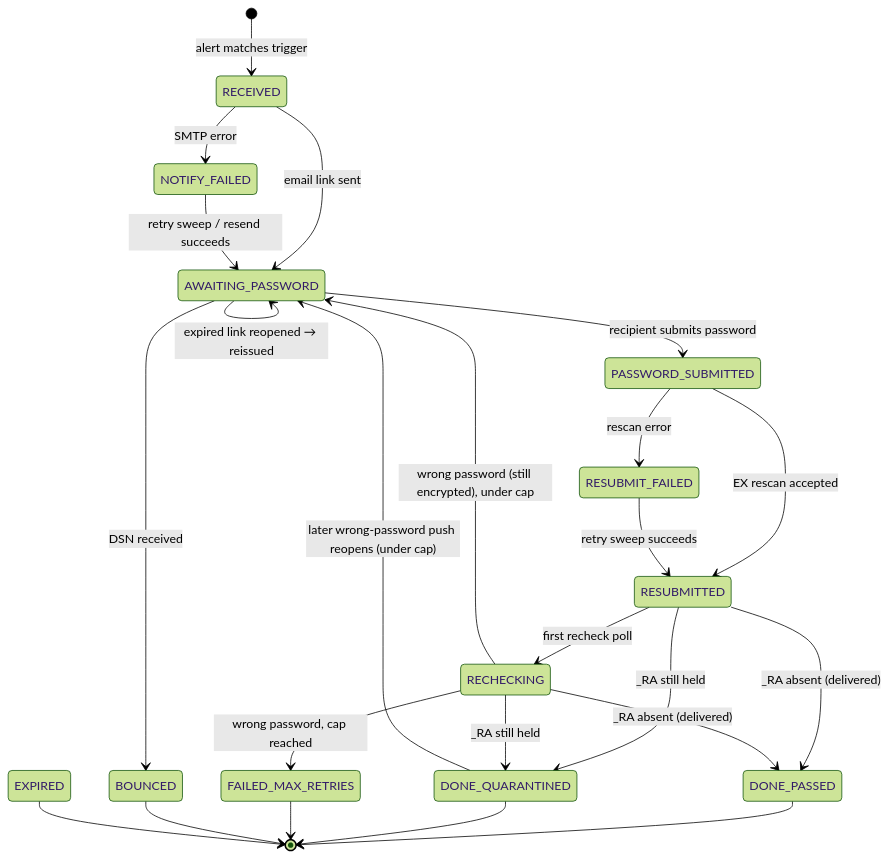
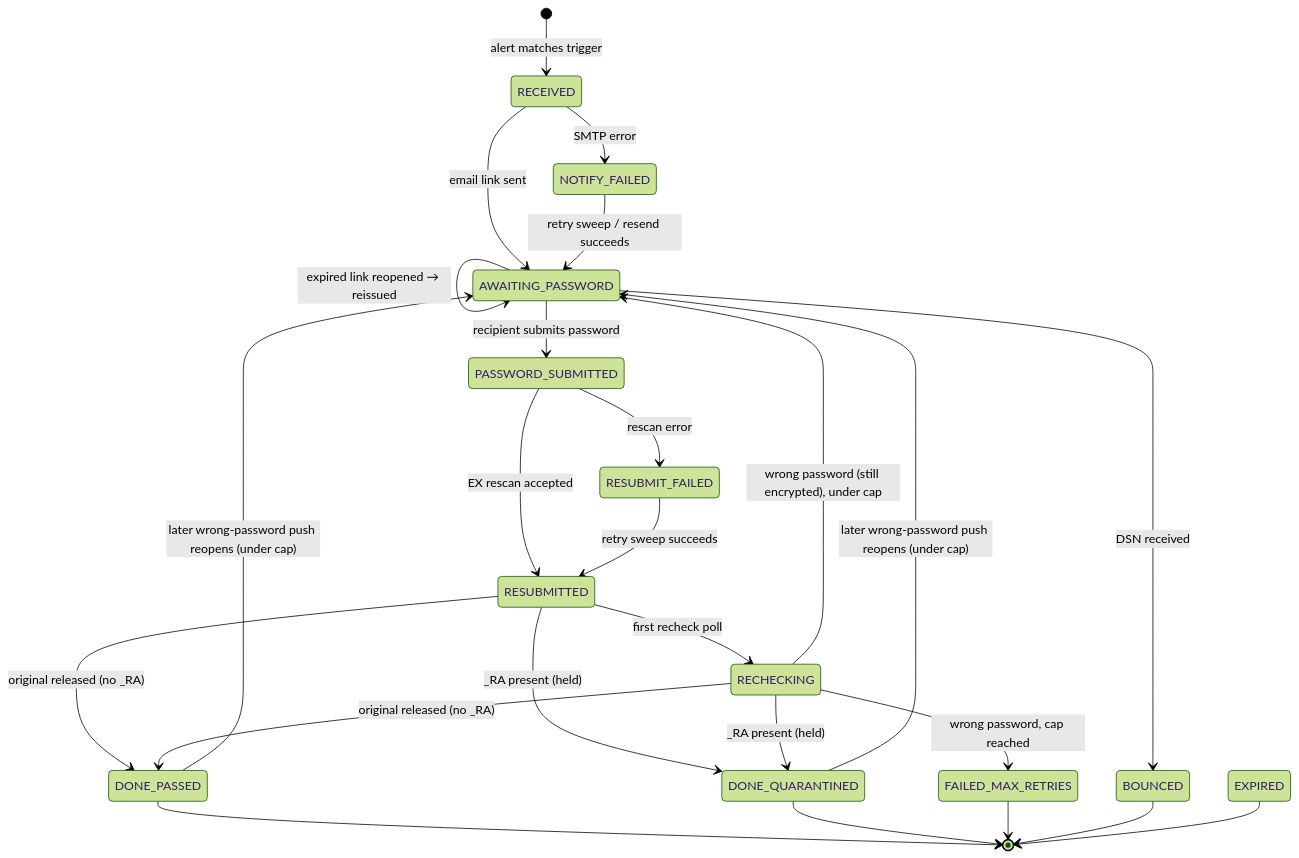
The sixth of 13 diagrams in documentation/documentation.md (HazLab/TrellixEXAttachmentDecrypt), drawn with Mermaid (forest theme) before and after one commit. The commit also changed other lines of this file, not shown here.

Commit message:
docs: sync recheck flow (eager poll, released via original queue-id) + 'Released' label

````diff
--- a/documentation/documentation.md
+++ b/documentation/documentation.md
@@ -309,32 +309,33 @@
 ```mermaid
 stateDiagram-v2
     [*] --> RECEIVED: alert matches trigger
     RECEIVED --> AWAITING_PASSWORD: email link sent
     RECEIVED --> NOTIFY_FAILED: SMTP error
 
     AWAITING_PASSWORD --> PASSWORD_SUBMITTED: recipient submits password
     AWAITING_PASSWORD --> AWAITING_PASSWORD: expired link reopened → reissued
 
     NOTIFY_FAILED --> AWAITING_PASSWORD: retry sweep / resend succeeds
 
     PASSWORD_SUBMITTED --> RESUBMITTED: EX rescan accepted
     PASSWORD_SUBMITTED --> RESUBMIT_FAILED: rescan error
     RESUBMIT_FAILED --> RESUBMITTED: retry sweep succeeds
 
     RESUBMITTED --> RECHECKING: first recheck poll
     RECHECKING --> AWAITING_PASSWORD: wrong password (still encrypted), under cap
     RECHECKING --> FAILED_MAX_RETRIES: wrong password, cap reached
-    RESUBMITTED --> DONE_QUARANTINED: _RA still held
-    RECHECKING --> DONE_QUARANTINED: _RA still held
-    RESUBMITTED --> DONE_PASSED: _RA absent (delivered)
-    RECHECKING --> DONE_PASSED: _RA absent (delivered)
+    RESUBMITTED --> DONE_QUARANTINED: _RA present (held)
+    RECHECKING --> DONE_QUARANTINED: _RA present (held)
+    RESUBMITTED --> DONE_PASSED: original released (no _RA)
+    RECHECKING --> DONE_PASSED: original released (no _RA)
 
     AWAITING_PASSWORD --> BOUNCED: DSN received
     DONE_QUARANTINED --> AWAITING_PASSWORD: later wrong-password push reopens (under cap)
+    DONE_PASSED --> AWAITING_PASSWORD: later wrong-password push reopens (under cap)
 
     DONE_PASSED --> [*]
     DONE_QUARANTINED --> [*]
     FAILED_MAX_RETRIES --> [*]
     BOUNCED --> [*]
     EXPIRED --> [*]
 ```
````
